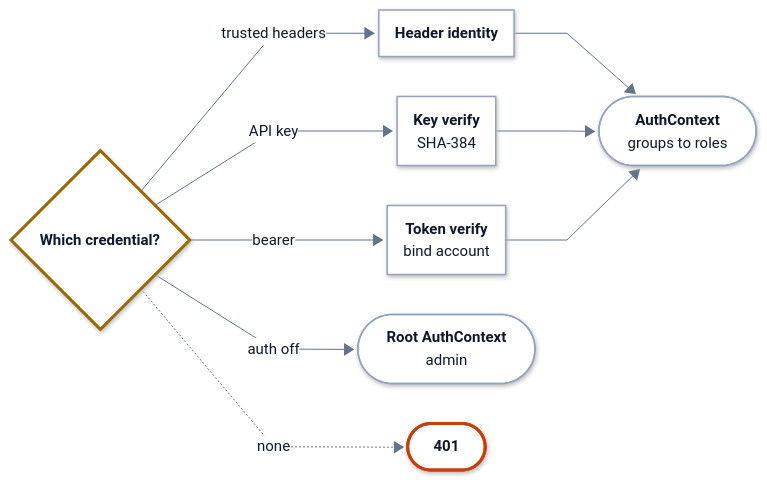
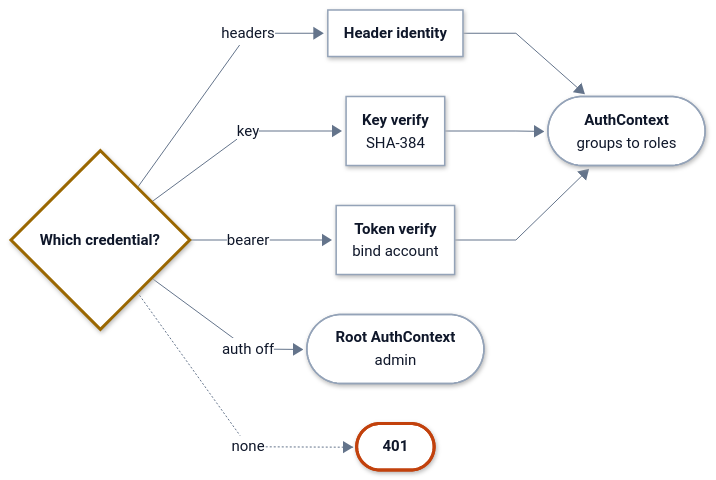
Before and after one commit to hyperi-io/dfe-engine: the first of 8 diagrams in docs/control-plane/rbac.md, drawn with Mermaid. The commit also changed other lines of this file and 32 other files, not shown here.

First line of the commit message:
docs(architecture): engine page to the standard, diagrams to 860 px (#1209)

````diff
--- a/docs/control-plane/rbac.md
+++ b/docs/control-plane/rbac.md
@@ -70,14 +70,17 @@
 
   resolve(["<b>AuthContext</b><br/><span>groups to roles</span>"])
 
-  which -->|trusted headers| hdr
-  which -->|API key| key
+  which -->|headers| hdr
+  which -->|key| key
   which -->|bearer| tok
   which -->|auth off| root
   which -.->|none| reject
   hdr --> resolve
   key --> resolve
   tok --> resolve
+  class which decision
+  class reject error
+  class hdr,key,tok,root,resolve part
   classDef ext fill:#F4F6F8,stroke:#94A3B8,stroke-width:1.5px,stroke-dasharray:5 4,color:#0F172A
   classDef ingest fill:#FFFFFF,stroke:#0E8A7D,stroke-width:3px,color:#0F172A
   classDef xform fill:#FFFFFF,stroke:#7B4FB0,stroke-width:3px,color:#0F172A
@@ -89,7 +92,4 @@
   classDef error fill:#FFFFFF,stroke:#C2410C,stroke-width:3px,color:#0F172A
   classDef control fill:#FFFFFF,stroke:#334155,stroke-width:3px,color:#0F172A
   classDef part fill:#FFFFFF,stroke:#94A3B8,stroke-width:1.5px,color:#0F172A
-  class which decision
-  class reject error
-  class hdr,key,tok,root,resolve part
 ```
````
